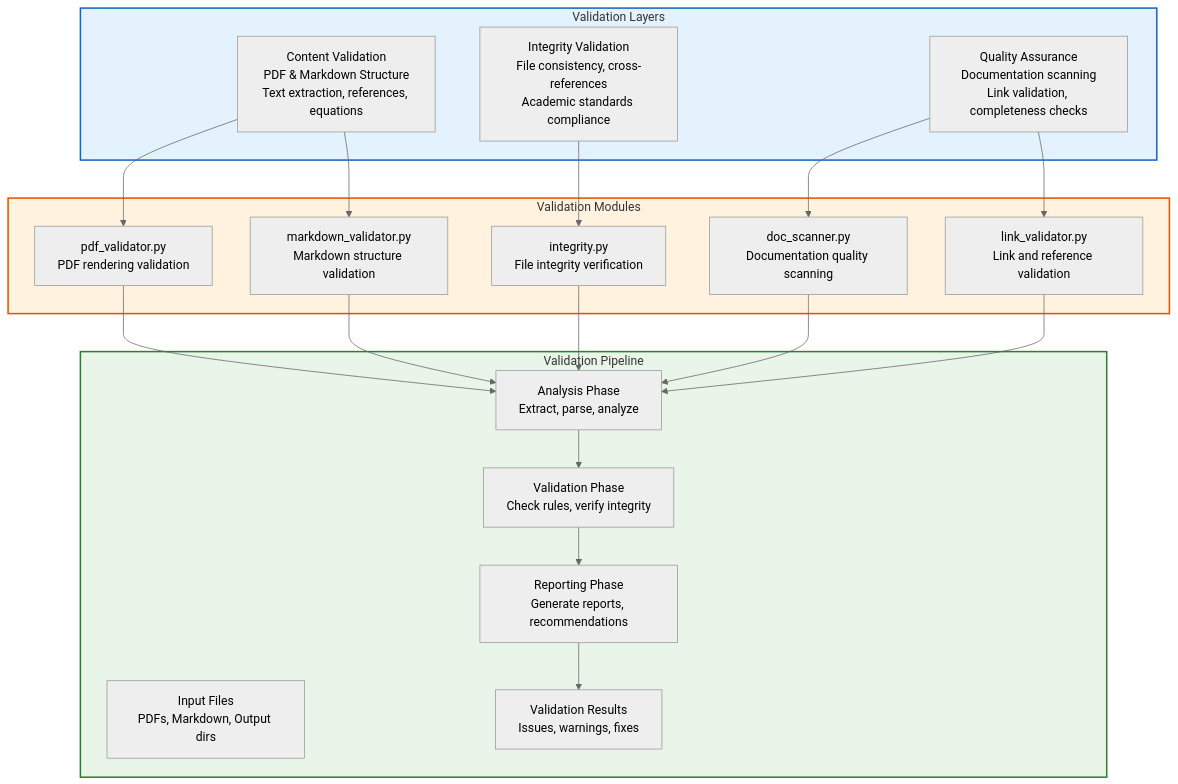
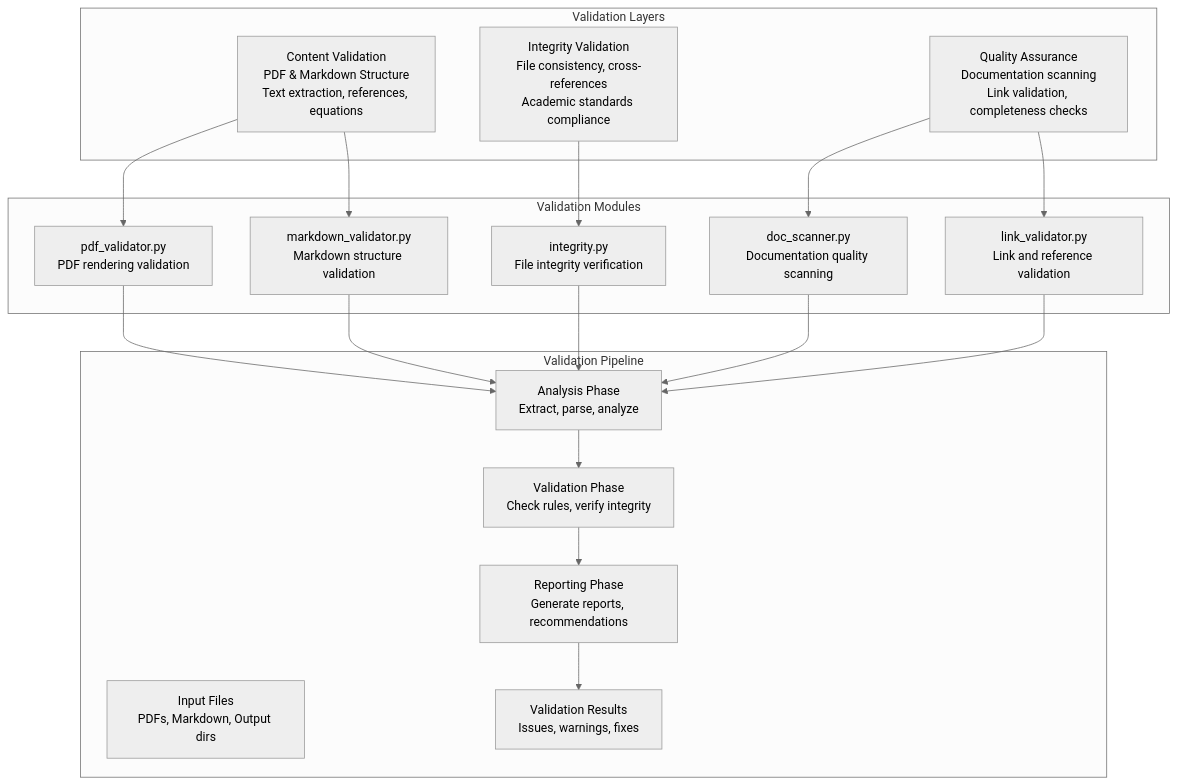
One commit to docxology/template changed the first of 4 diagrams in infrastructure/validation/README.md. Above: the diagram before and after it, drawn with Mermaid (neutral theme). The commit also changed other lines of this file and 243 other files, not shown here.

````diff
--- a/infrastructure/validation/README.md
+++ b/infrastructure/validation/README.md
@@ -7,48 +7,44 @@
 ```mermaid
 graph TD
     subgraph ValidationLayers["Validation Layers"]
         CONTENT[Content Validation<br/>PDF & Markdown Structure<br/>Text extraction, references, equations]
         INTEGRITY[Integrity Validation<br/>File consistency, cross-references<br/>Academic standards compliance]
         QUALITY[Quality Assurance<br/>Documentation scanning<br/>Link validation, completeness checks]
     end
 
     subgraph ValidationModules["Validation Modules"]
         PDF_VAL[pdf_validator.py<br/>PDF rendering validation]
         MD_VAL[markdown_validator.py<br/>Markdown structure validation]
         INTEGRITY_MOD[integrity.py<br/>File integrity verification]
         DOC_SCAN[doc_scanner.py<br/>Documentation quality scanning]
         LINK_VAL[link_validator.py<br/>Link and reference validation]
     end
 
     subgraph ValidationPipeline["Validation Pipeline"]
         INPUT[Input Files<br/>PDFs, Markdown, Output dirs]
         ANALYSIS[Analysis Phase<br/>Extract, parse, analyze]
         VALIDATION[Validation Phase<br/>Check rules, verify integrity]
         REPORTING[Reporting Phase<br/>Generate reports, recommendations]
         OUTPUT[Validation Results<br/>Issues, warnings, fixes]
     end
 
     CONTENT --> PDF_VAL
     CONTENT --> MD_VAL
     INTEGRITY --> INTEGRITY_MOD
     QUALITY --> DOC_SCAN
     QUALITY --> LINK_VAL
 
     PDF_VAL --> ANALYSIS
     MD_VAL --> ANALYSIS
     INTEGRITY_MOD --> ANALYSIS
     DOC_SCAN --> ANALYSIS
     LINK_VAL --> ANALYSIS
 
     ANALYSIS --> VALIDATION
     VALIDATION --> REPORTING
     REPORTING --> OUTPUT
 
-    classDef layers fill:#e3f2fd,stroke:#1565c0,stroke-width:2px
-    classDef modules fill:#fff3e0,stroke:#e65100,stroke-width:2px
-    classDef pipeline fill:#e8f5e8,stroke:#2e7d32,stroke-width:2px
-
     class ValidationLayers layers
     class ValidationModules modules
     class ValidationPipeline pipeline
 ```
````
